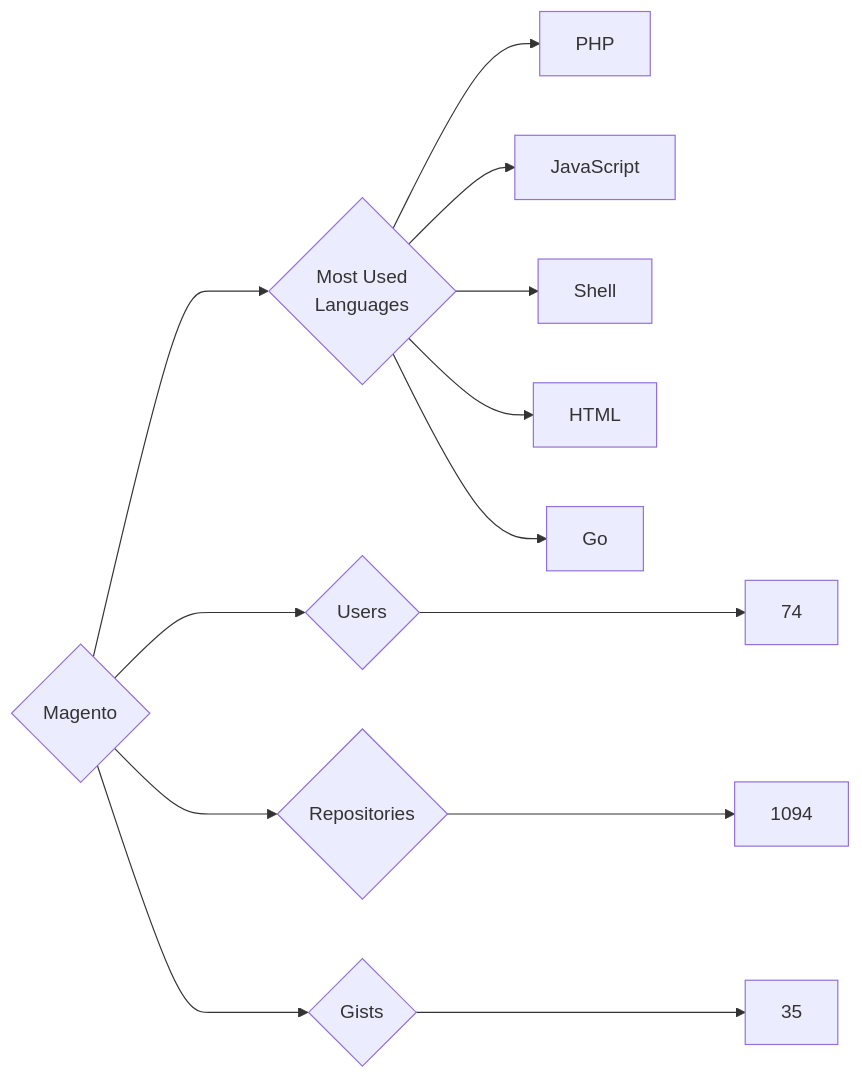
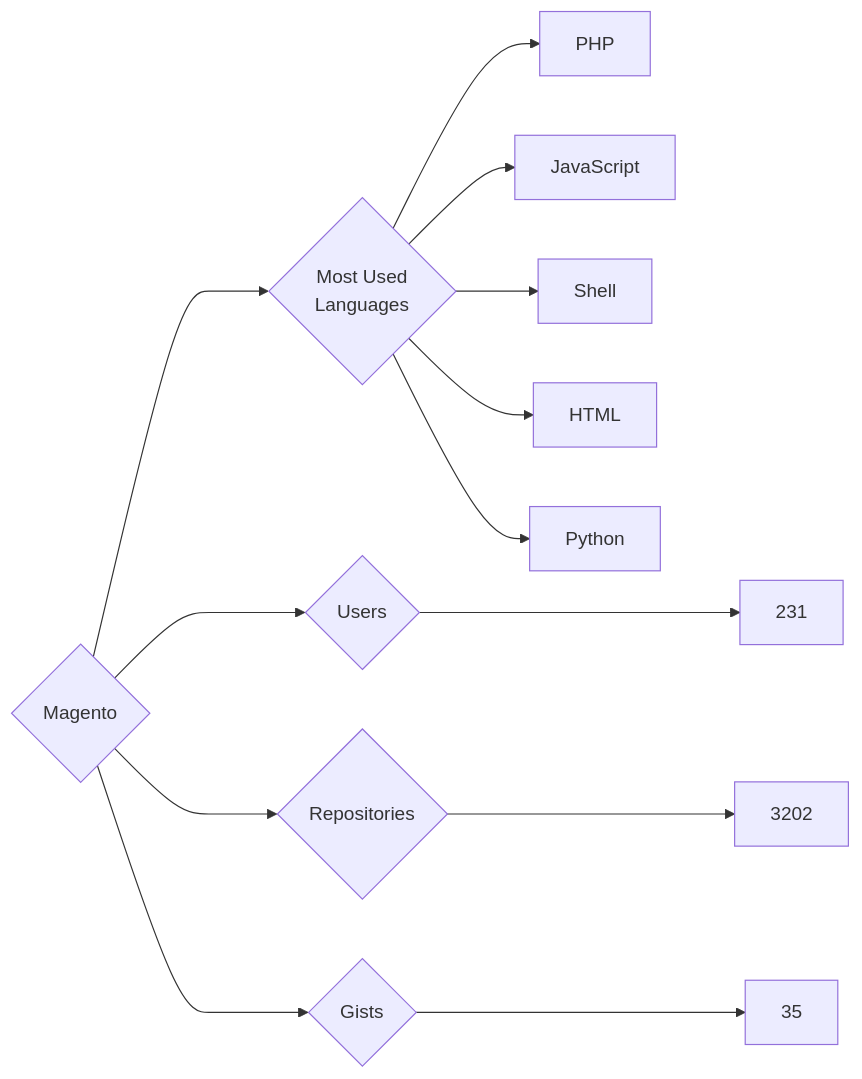
The diagram in targets/Magento/README.md (trickest/insiders), drawn with Mermaid before and after one commit. The commit also changed 914 other files, not shown here.

````diff
--- a/targets/Magento/README.md
+++ b/targets/Magento/README.md
@@ -3,13 +3,13 @@
 ```mermaid
 graph LR
 COMPANY_NAME{Magento}
-COMPANY_NAME ---> U{Users} ---> UN[74]
-COMPANY_NAME ---> R{Repositories} ---> RN[1094]
+COMPANY_NAME ---> U{Users} ---> UN[231]
+COMPANY_NAME ---> R{Repositories} ---> RN[3202]
 COMPANY_NAME ---> G{Gists} ---> GN[35]
 COMPANY_NAME ---> ML{Most Used<br>Languages}
 ML --> PHP[PHP]
 ML --> JavaScript[JavaScript]
 ML --> Shell[Shell]
 ML --> HTML[HTML]
-ML --> Go[Go]
+ML --> Python[Python]
 ```
````
